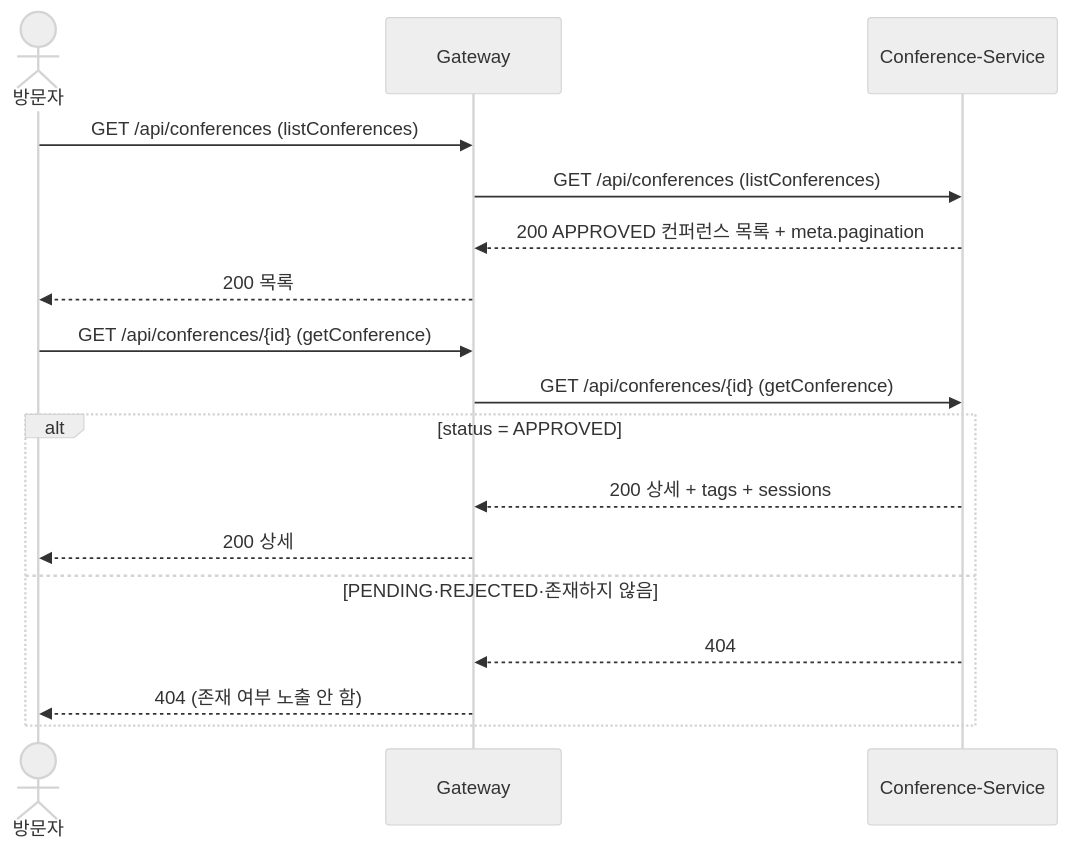
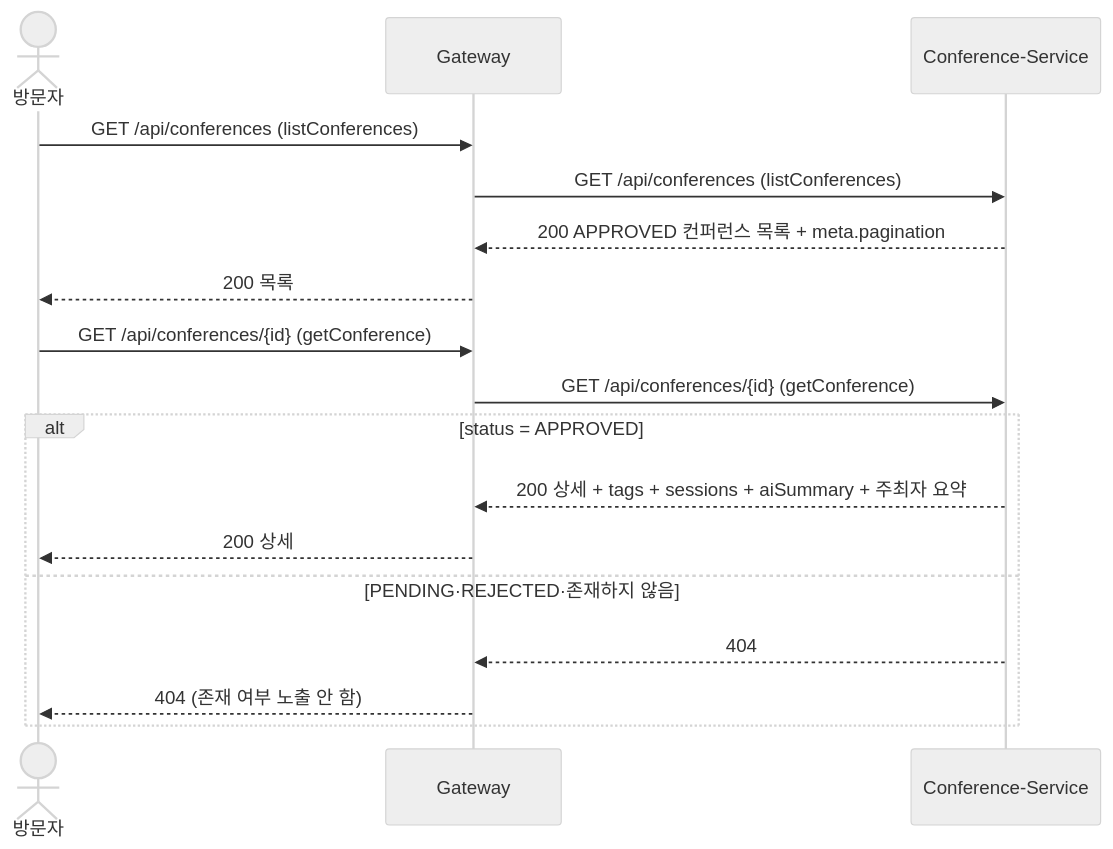
Before and after one commit to likelion-backend-24th/Final-Project-Team3: the first of 30 diagrams in docs/시퀀스.md, drawn with Mermaid (neutral theme). The commit also changed other lines of this file and 4 other files, not shown here.

````diff
--- a/docs/시퀀스.md
+++ b/docs/시퀀스.md
@@ -23,19 +23,19 @@
 ```mermaid
 sequenceDiagram
     actor V as 방문자
     participant G as Gateway
     participant CS as Conference-Service
     V->>G: GET /api/conferences (listConferences)
     G->>CS: GET /api/conferences (listConferences)
     CS-->>G: 200 APPROVED 컨퍼런스 목록 + meta.pagination
     G-->>V: 200 목록
     V->>G: GET /api/conferences/{id} (getConference)
     G->>CS: GET /api/conferences/{id} (getConference)
     alt status = APPROVED
-        CS-->>G: 200 상세 + tags + sessions
+        CS-->>G: 200 상세 + tags + sessions + aiSummary + 주최자 요약
         G-->>V: 200 상세
     else PENDING·REJECTED·존재하지 않음
         CS-->>G: 404
         G-->>V: 404 (존재 여부 노출 안 함)
     end
 ```
````
